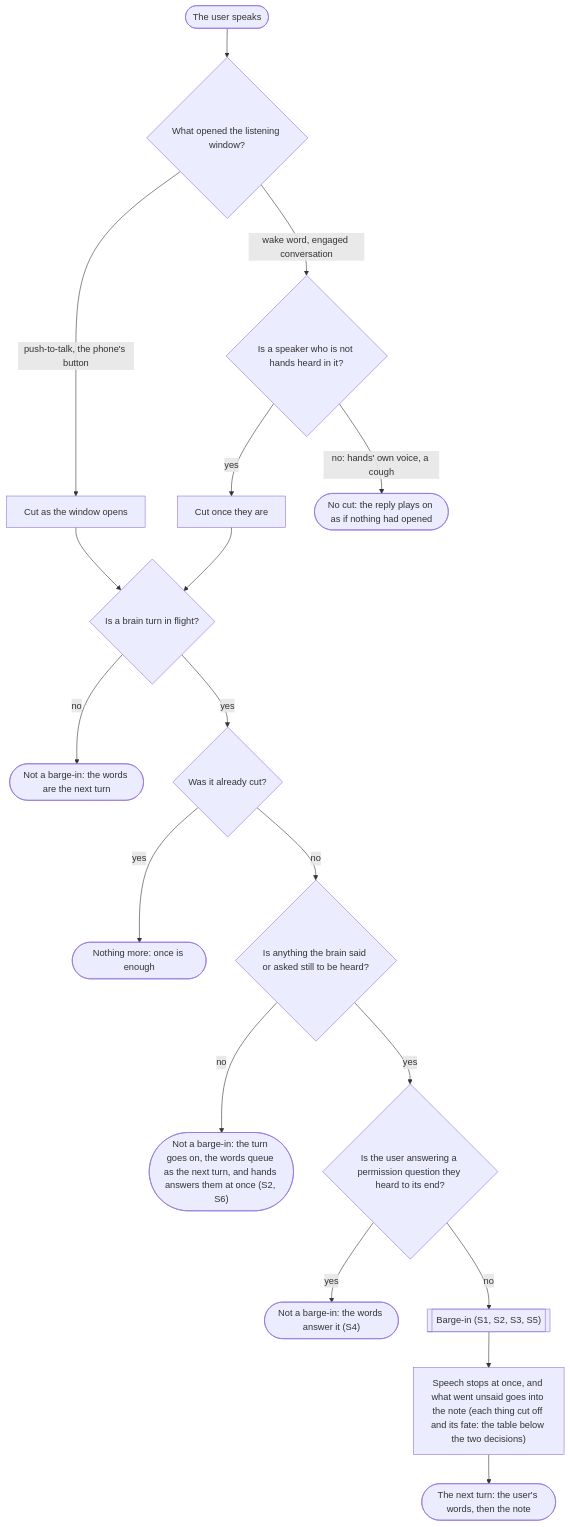
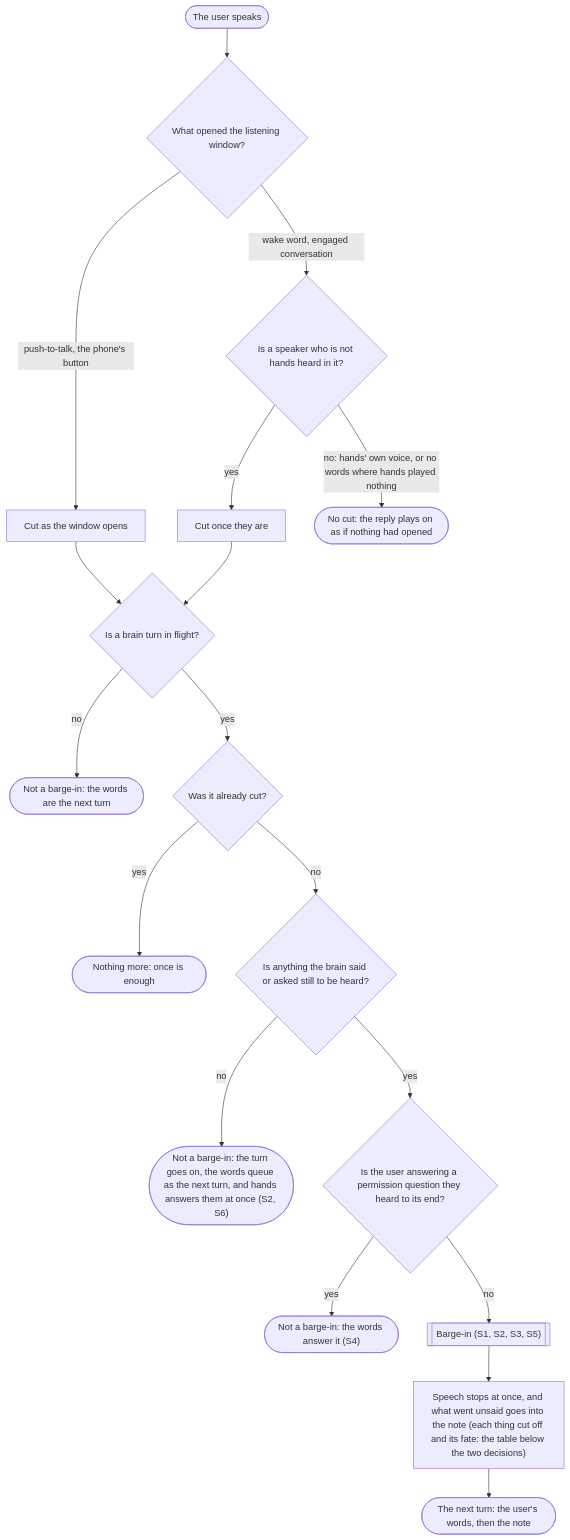
The first of 7 diagrams in docs/barge-in.md (promptctl/cc-hands), drawn with Mermaid before and after one commit. The commit also changed other lines of this file and 7 other files, not shown here.

First line of the commit message:
voice: a wake phrase over hands is cut without waiting on its transcription, and no words, no cut for a speaker hands played nothing over (promptctl-voice-i15t.8vg.idh)

````diff
--- a/docs/barge-in.md
+++ b/docs/barge-in.md
@@ -53,20 +53,20 @@
 ```mermaid
 flowchart TD
     speak(["The user speaks"]) --> opened{"What opened the listening window?"}
     opened -- "push-to-talk, the phone's button" --> now["Cut as the window opens"]
     opened -- "wake word, engaged conversation" --> whisper{"Is a speaker who is not hands heard in it?"}
     whisper -- "yes" --> words["Cut once they are"]
-    whisper -- "no: hands' own voice, a cough" --> nocut(["No cut: the reply plays on as if nothing had opened"])
+    whisper -- "no: hands' own voice, or no words where hands played nothing" --> nocut(["No cut: the reply plays on as if nothing had opened"])
     now --> inflight{"Is a brain turn in flight?"}
     words --> inflight
     inflight -- "no" --> nextturn(["Not a barge-in: the words are the next turn"])
     inflight -- "yes" --> again{"Was it already cut?"}
     again -- "yes" --> once(["Nothing more: once is enough"])
     again -- "no" --> left{"Is anything the brain said or asked still to be heard?"}
     left -- "no" --> queue(["Not a barge-in: the turn goes on, the words queue as the next turn, and hands answers them at once (S2, S6)"])
     left -- "yes" --> heard{"Is the user answering a permission question they heard to its end?"}
     heard -- "yes" --> answer(["Not a barge-in: the words answer it (S4)"])
     heard -- "no" --> barge[["Barge-in (S1, S2, S3, S5)"]]
     barge --> fates["Speech stops at once, and what went unsaid goes into the note (each thing cut off and its fate: the table below the two decisions)"]
     fates --> note(["The next turn: the user's words, then the note"])
 ```
````
